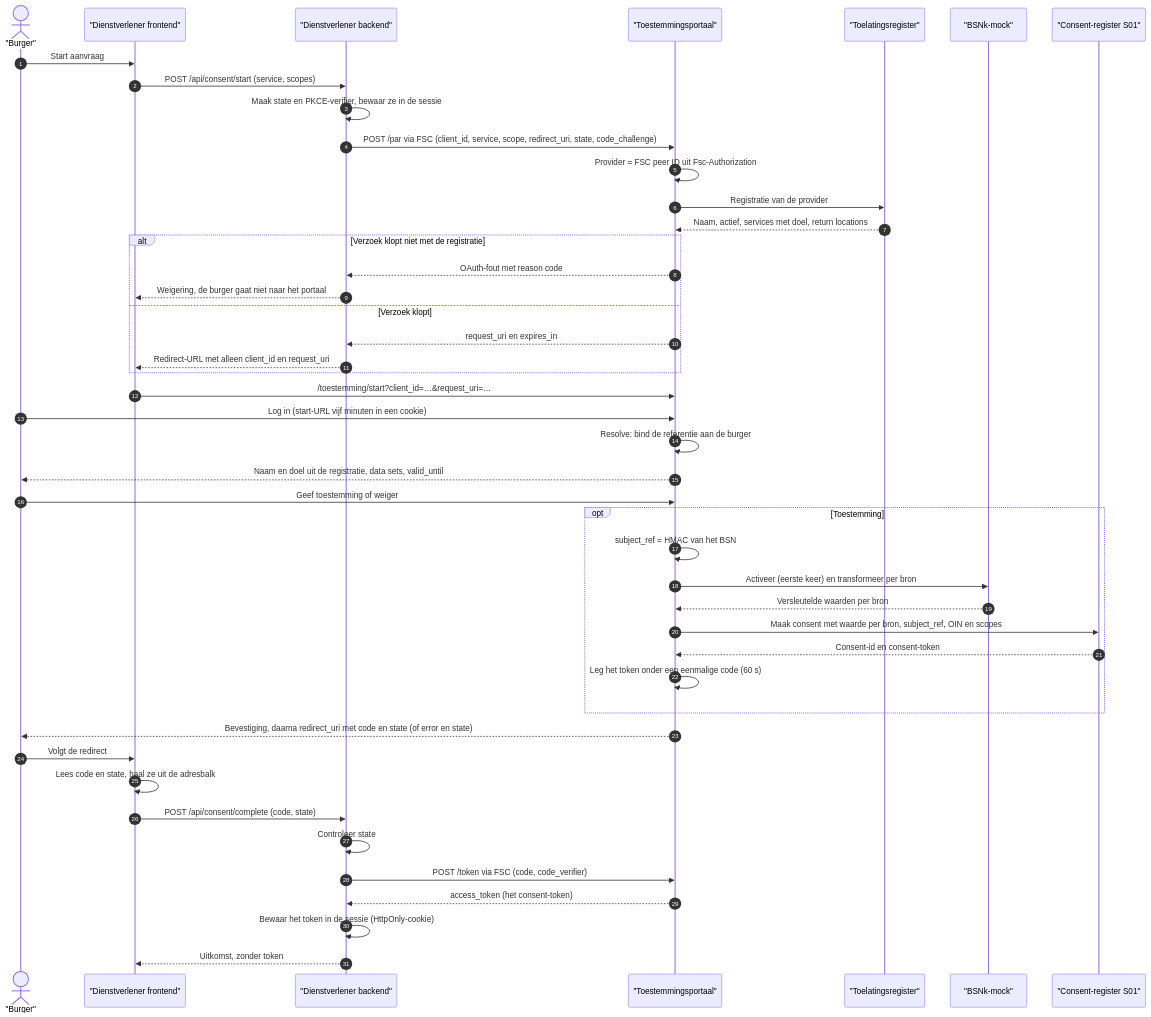
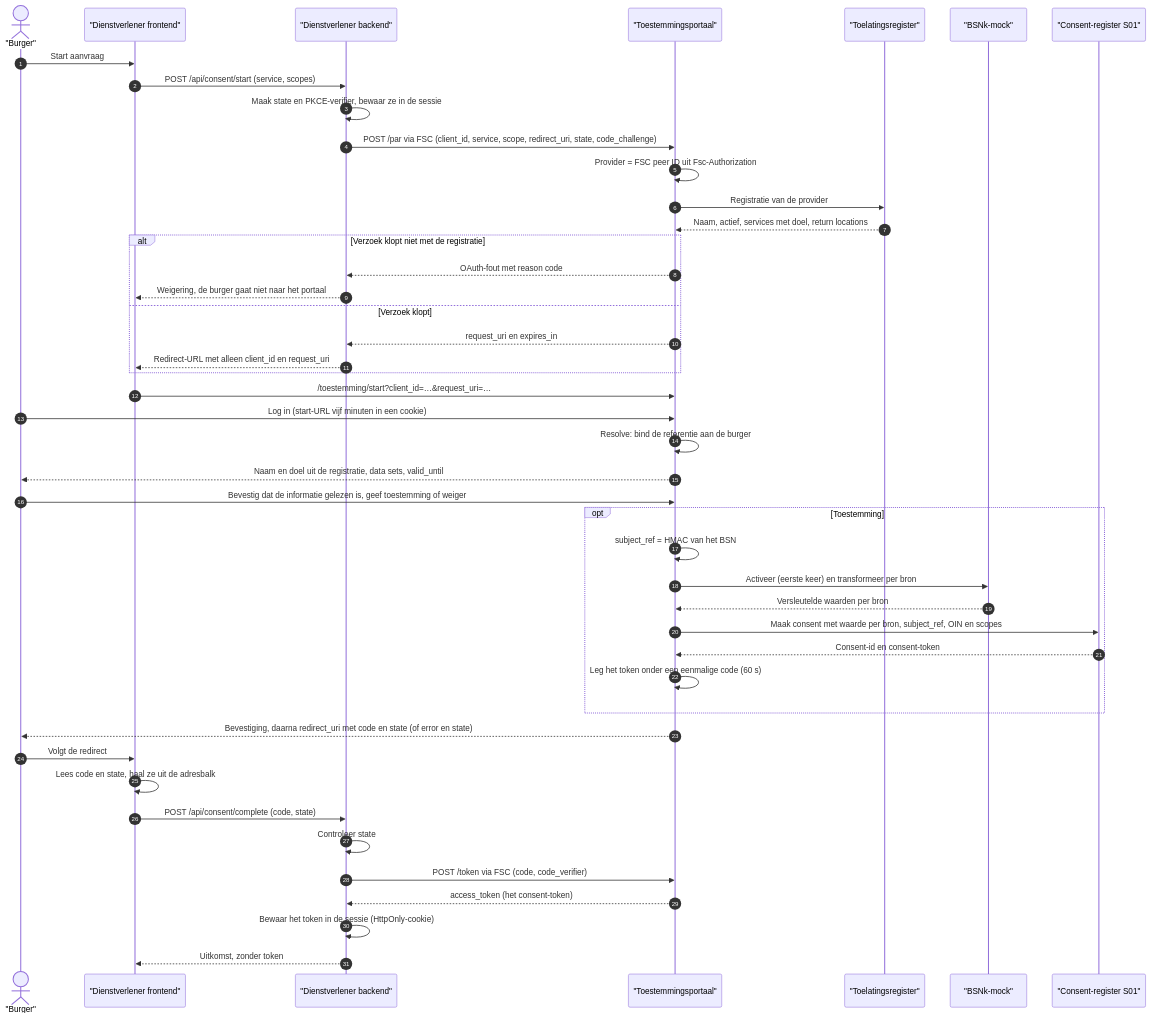
The second of 5 diagrams in docs/consent-flow.md (ICTU/GBO-demo), drawn with Mermaid before and after one commit. The commit also changed other lines of this file and 22 other files, not shown here.

````diff
--- a/docs/consent-flow.md
+++ b/docs/consent-flow.md
@@ -84,51 +84,51 @@
 ```mermaid
 sequenceDiagram
     autonumber
     actor Citizen as "Burger"
     participant UI as "Dienstverlener frontend"
     participant BE as "Dienstverlener backend"
     participant Portal as "Toestemmingsportaal"
     participant TLR as "Toelatingsregister"
     participant BSNk as "BSNk-mock"
     participant Register as "Consent-register S01"
 
     Citizen->>UI: Start aanvraag
     UI->>BE: POST /api/consent/start (service, scopes)
     BE->>BE: Maak state en PKCE-verifier, bewaar ze in de sessie
     BE->>Portal: POST /par via FSC (client_id, service, scope, redirect_uri, state, code_challenge)
     Portal->>Portal: Provider = FSC peer ID uit Fsc-Authorization
     Portal->>TLR: Registratie van de provider
     TLR-->>Portal: Naam, actief, services met doel, return locations
     alt Verzoek klopt niet met de registratie
         Portal-->>BE: OAuth-fout met reason code
         BE-->>UI: Weigering, de burger gaat niet naar het portaal
     else Verzoek klopt
         Portal-->>BE: request_uri en expires_in
         BE-->>UI: Redirect-URL met alleen client_id en request_uri
     end
 
     UI->>Portal: /toestemming/start?client_id=…&request_uri=…
     Citizen->>Portal: Log in (start-URL vijf minuten in een cookie)
     Portal->>Portal: Resolve: bind de referentie aan de burger
     Portal-->>Citizen: Naam en doel uit de registratie, data sets, valid_until
-    Citizen->>Portal: Geef toestemming of weiger
+    Citizen->>Portal: Bevestig dat de informatie gelezen is, geef toestemming of weiger
 
     opt Toestemming
         Portal->>Portal: subject_ref = HMAC van het BSN
         Portal->>BSNk: Activeer (eerste keer) en transformeer per bron
         BSNk-->>Portal: Versleutelde waarden per bron
         Portal->>Register: Maak consent met waarde per bron, subject_ref, OIN en scopes
         Register-->>Portal: Consent-id en consent-token
         Portal->>Portal: Leg het token onder een eenmalige code (60 s)
     end
     Portal-->>Citizen: Bevestiging, daarna redirect_uri met code en state (of error en state)
 
     Citizen->>UI: Volgt de redirect
     UI->>UI: Lees code en state, haal ze uit de adresbalk
     UI->>BE: POST /api/consent/complete (code, state)
     BE->>BE: Controleer state
     BE->>Portal: POST /token via FSC (code, code_verifier)
     Portal-->>BE: access_token (het consent-token)
     BE->>BE: Bewaar het token in de sessie (HttpOnly-cookie)
     BE-->>UI: Uitkomst, zonder token
 ```
````
